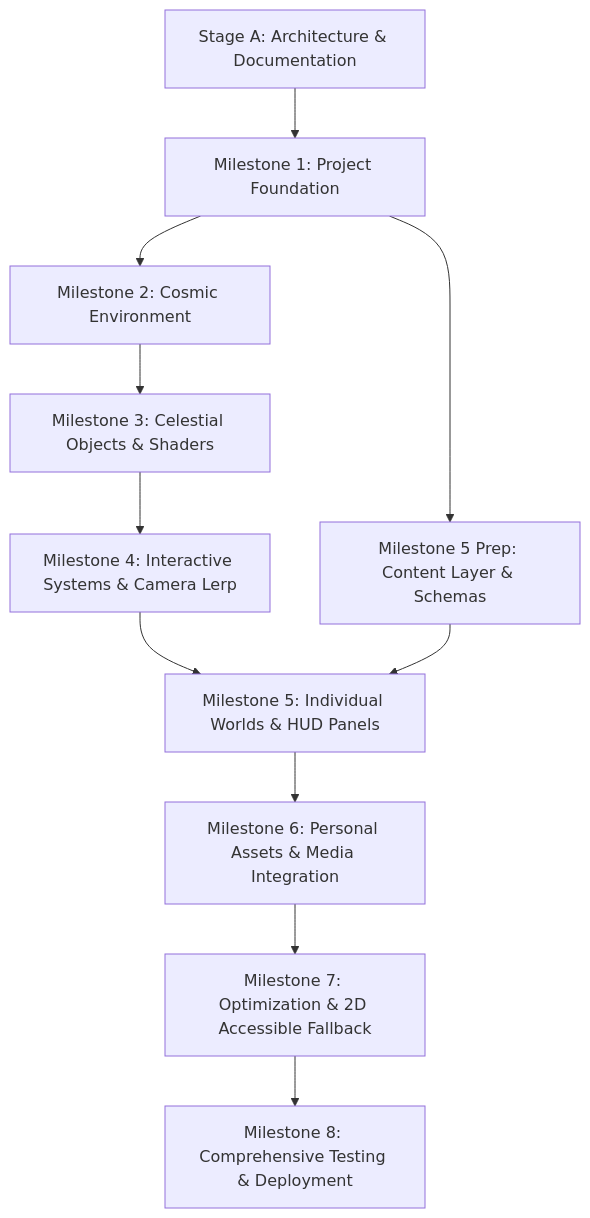
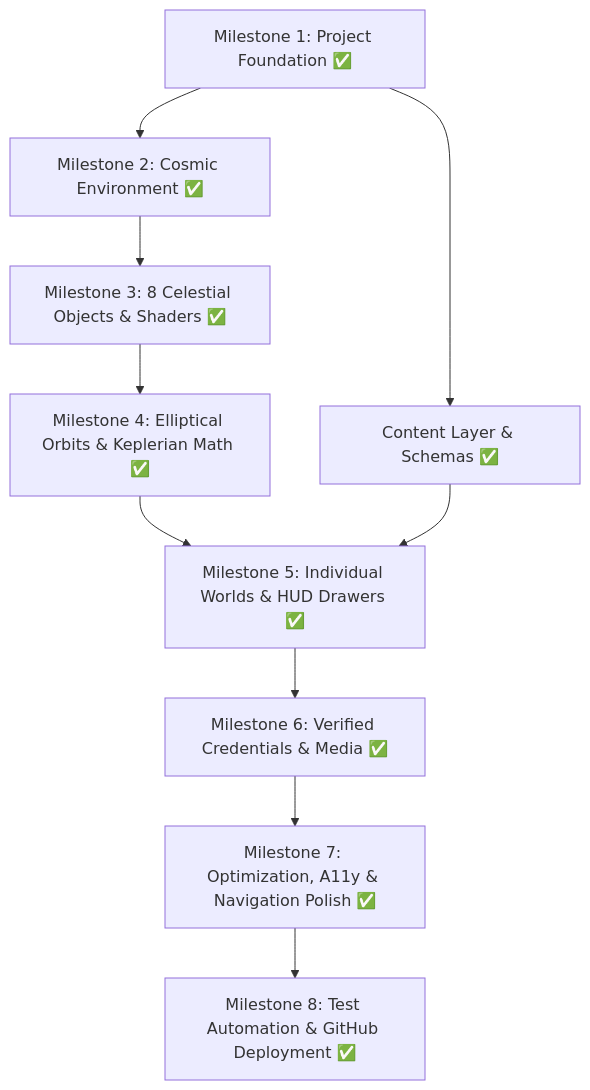
Before and after one commit to Rudra130/rudra-portfolio: the diagram in IMPLEMENTATION.md, drawn with Mermaid. The commit also changed other lines of this file and 18 other files, not shown here.

Commit message:
docs: synchronize README, architecture, design, and roadmap with current 8-world Keplerian solar system

````diff
--- a/IMPLEMENTATION.md
+++ b/IMPLEMENTATION.md
@@ -11,13 +12,12 @@
 ```mermaid
 flowchart TD
-    DocPhase[Stage A: Architecture & Documentation] --> M1[Milestone 1: Project Foundation]
-    M1 --> M2[Milestone 2: Cosmic Environment]
-    M1 --> M5Data[Milestone 5 Prep: Content Layer & Schemas]
-    M2 --> M3[Milestone 3: Celestial Objects & Shaders]
-    M3 --> M4[Milestone 4: Interactive Systems & Camera Lerp]
-    M4 --> M5[Milestone 5: Individual Worlds & HUD Panels]
+    M1[Milestone 1: Project Foundation ✅] --> M2[Milestone 2: Cosmic Environment ✅]
+    M1 --> M5Data[Content Layer & Schemas ✅]
+    M2 --> M3[Milestone 3: 8 Celestial Objects & Shaders ✅]
+    M3 --> M4[Milestone 4: Elliptical Orbits & Keplerian Math ✅]
+    M4 --> M5[Milestone 5: Individual Worlds & HUD Drawers ✅]
     M5Data --> M5
-    M5 --> M6[Milestone 6: Personal Assets & Media Integration]
-    M6 --> M7[Milestone 7: Optimization & 2D Accessible Fallback]
-    M7 --> M8[Milestone 8: Comprehensive Testing & Deployment]
+    M5 --> M6[Milestone 6: Verified Credentials & Media ✅]
+    M6 --> M7[Milestone 7: Optimization, A11y & Navigation Polish ✅]
+    M7 --> M8[Milestone 8: Test Automation & GitHub Deployment ✅]
 ```
````
